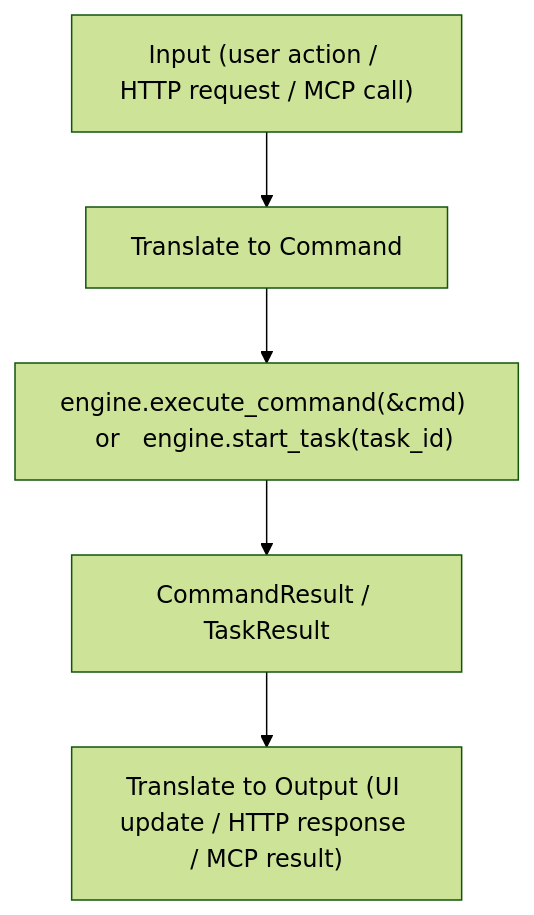
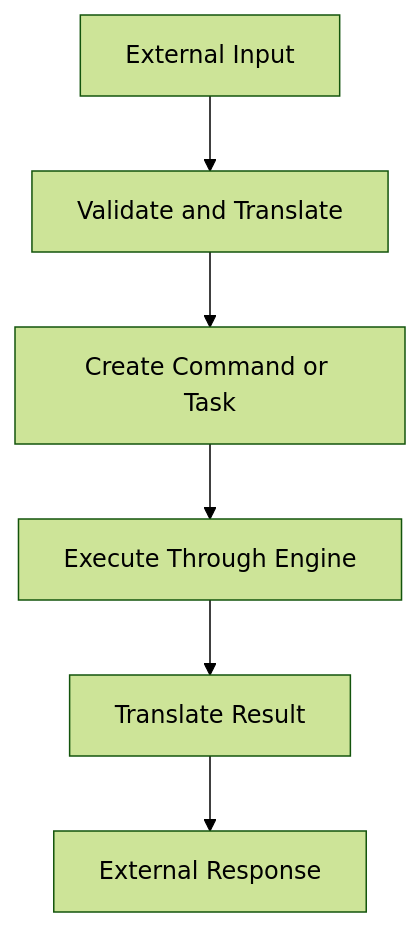
Before and after one commit to Unique-Digital-Resources/AppShell: the second of 5 diagrams in md_docs/app_engine_docs/10-application-integration.md, drawn with Mermaid (forest theme). The commit also changed other lines of this file and 34 other files, not shown here.

````diff
--- a/md_docs/app_engine_docs/10-application-integration.md
+++ b/md_docs/app_engine_docs/10-application-integration.md
@@ -26,7 +56,8 @@
 ```mermaid
 flowchart TD
-    A["Input (user action / HTTP request / MCP call)"] --> B["Translate to Command"]
-    B --> C["engine.execute_command(&cmd)   or   engine.start_task(task_id)"]
-    C --> D["CommandResult / TaskResult"]
-    D --> E["Translate to Output (UI update / HTTP response / MCP result)"]
+    A["External Input"] --> B["Validate and Translate"]
+    B --> C["Create Command or Task"]
+    C --> D["Execute Through Engine"]
+    D --> E["Translate Result"]
+    E --> F["External Response"]
 ```
````
